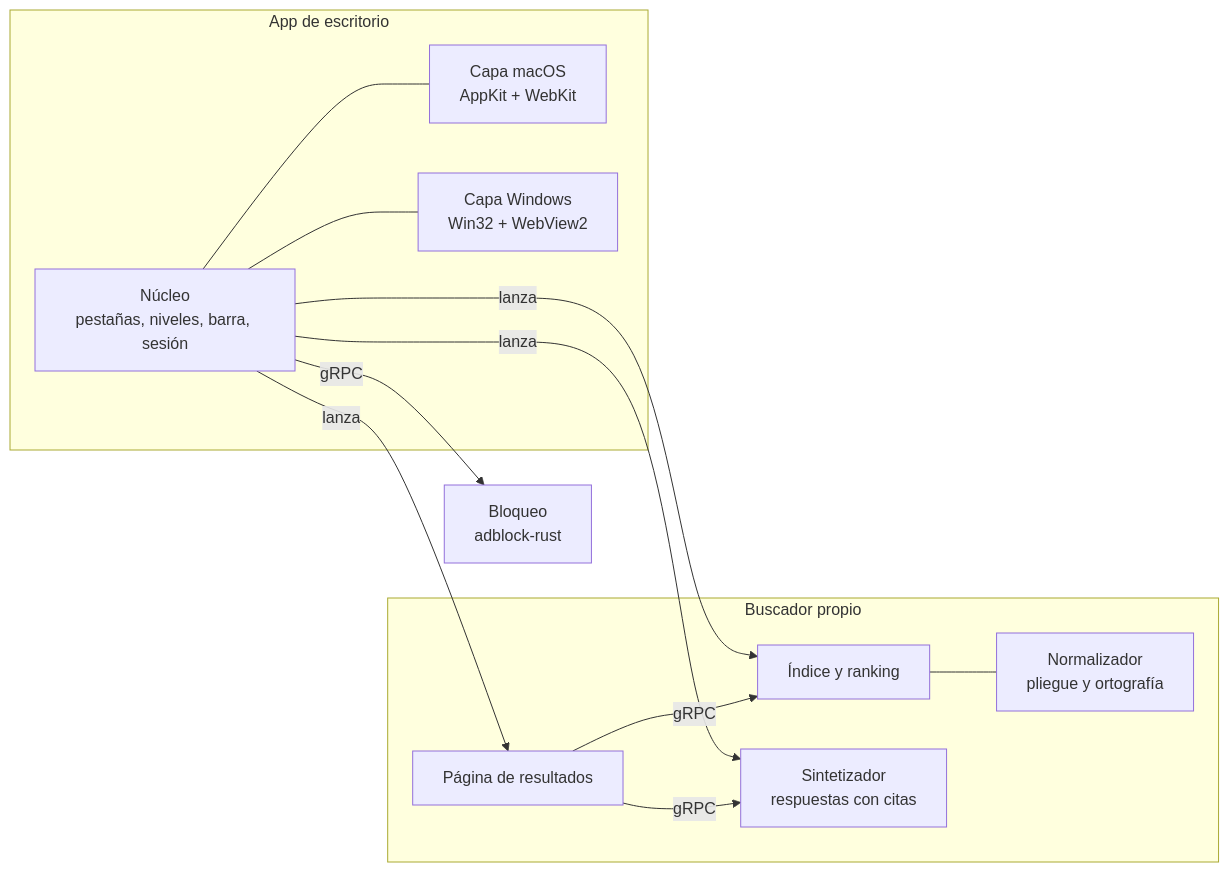
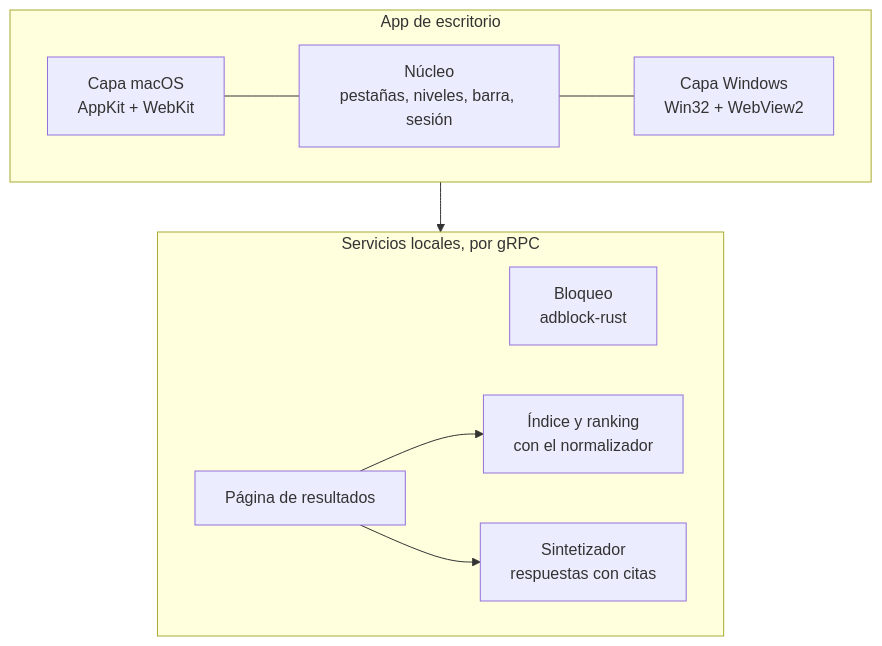
Before and after one commit to blyni/.github: the diagram in profile/README.md, drawn with Mermaid.

Commit message:
docs(perfil): diagrama de arquitectura sin cruces

````diff
--- a/profile/README.md
+++ b/profile/README.md
@@ -40,24 +40,14 @@
 ```mermaid
-flowchart LR
-    subgraph App["App de escritorio"]
-        N["Núcleo<br/>pestañas, niveles, barra, sesión"]
-        M["Capa macOS<br/>AppKit + WebKit"]
-        W["Capa Windows<br/>Win32 + WebView2"]
-        N --- M
-        N --- W
+flowchart TB
+    subgraph APP["App de escritorio"]
+        direction LR
+        M["Capa macOS<br/>AppKit + WebKit"] --- N["Núcleo<br/>pestañas, niveles, barra, sesión"] --- W["Capa Windows<br/>Win32 + WebView2"]
     end
-    B["Bloqueo<br/>adblock-rust"]
-    subgraph Buscador["Buscador propio"]
-        I["Índice y ranking"]
-        P["Página de resultados"]
-        NZ["Normalizador<br/>pliegue y ortografía"]
-        S["Sintetizador<br/>respuestas con citas"]
+    subgraph SRV["Servicios locales, por gRPC"]
+        direction LR
+        B["Bloqueo<br/>adblock-rust"]
+        P["Página de resultados"] --> I["Índice y ranking<br/>con el normalizador"]
+        P --> S["Sintetizador<br/>respuestas con citas"]
     end
-    N -- gRPC --> B
-    N -- lanza --> I
-    N -- lanza --> P
-    N -- lanza --> S
-    P -- gRPC --> I
-    P -- gRPC --> S
-    I --- NZ
+    APP --> SRV
 ```
````
